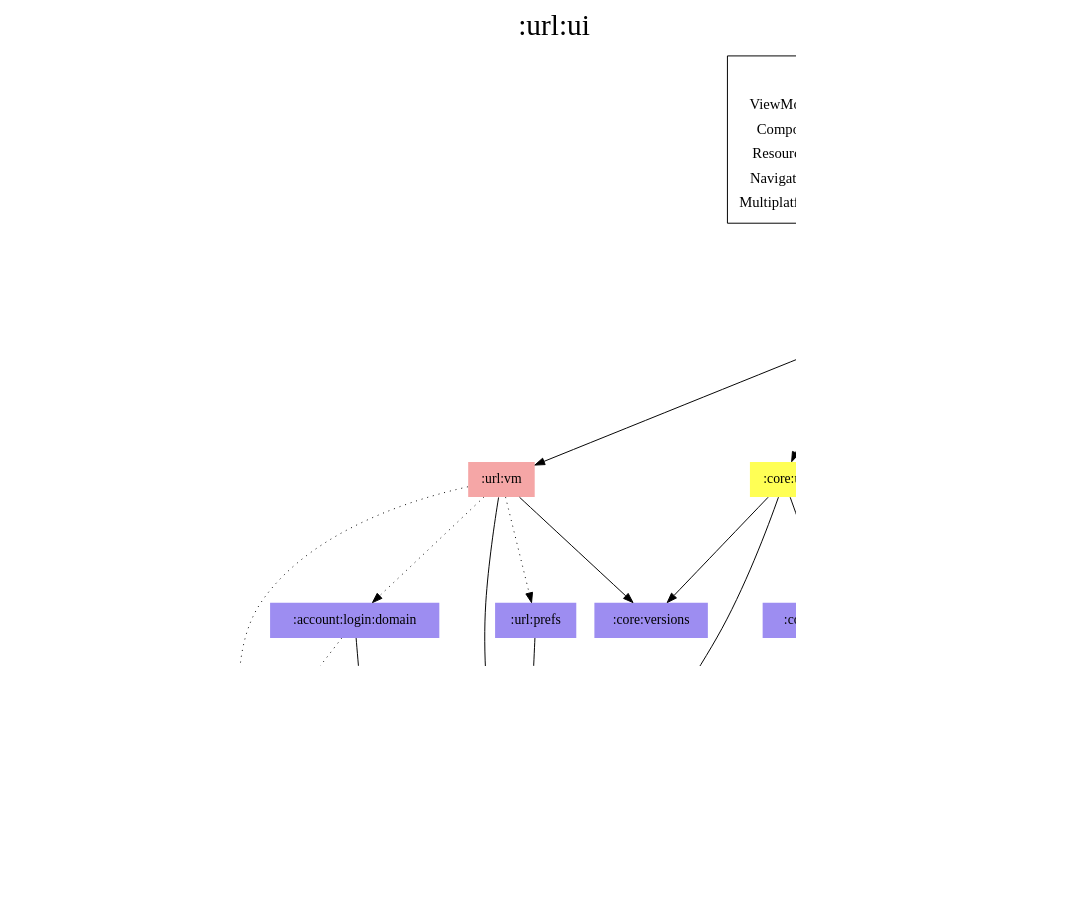
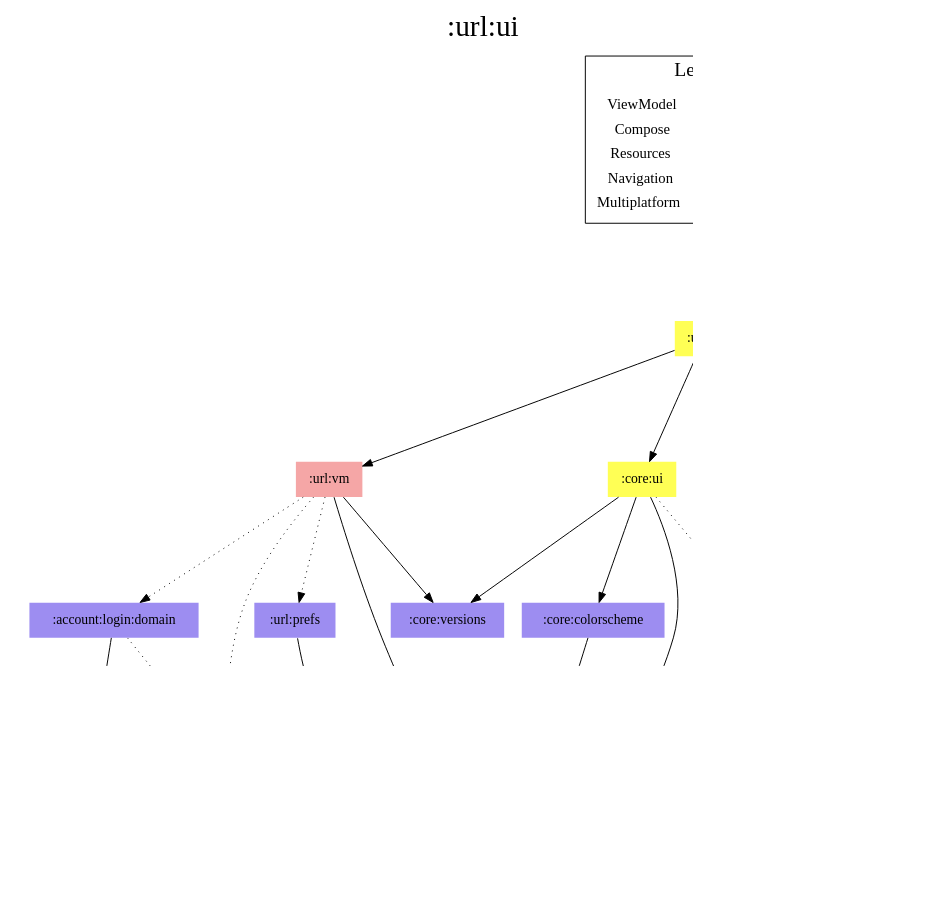
The diagram in modules/url/ui/modules.dot (jonapoul/aktual), drawn with Graphviz before and after one commit. The commit also changed 35 other files, not shown here.

Commit message:
ColorSchemeType -> core:model

```diff
--- a/modules/url/ui/modules.dot
+++ b/modules/url/ui/modules.dot
@@ -1,58 +1,59 @@
 digraph {
 edge ["dir"="forward"]
 graph ["dpi"="100","label"=":url:ui","labelloc"="t","fontsize"="30","ranksep"="1.5","rankdir"="TB"]
 node ["style"="filled"]
 ":account:login:domain" ["fillcolor"="#9D8DF1","shape"="none"]
 ":account:login:nav" ["fillcolor"="#5555FF","shape"="none"]
 ":account:model" ["fillcolor"="#9D8DF1","shape"="none"]
 ":api:actual" ["fillcolor"="#9D8DF1","shape"="none"]
 ":budget:model" ["fillcolor"="#9D8DF1","shape"="none"]
 ":codegen:annotation" ["fillcolor"="#9D8DF1","shape"="none"]
 ":core:colorscheme" ["fillcolor"="#9D8DF1","shape"="none"]
 ":core:model" ["fillcolor"="#9D8DF1","shape"="none"]
 ":core:res" ["fillcolor"="#00FFFF","shape"="none"]
 ":core:ui" ["fillcolor"="#FFFF55","shape"="none"]
 ":core:versions" ["fillcolor"="#9D8DF1","shape"="none"]
 ":url:prefs" ["fillcolor"="#9D8DF1","shape"="none"]
 ":url:res" ["fillcolor"="#00FFFF","shape"="none"]
 ":url:ui" ["fillcolor"="#FFFF55","shape"="none"]
 ":url:vm" ["fillcolor"="#F5A6A6","shape"="none"]
 {
 edge ["dir"="none"]
 graph ["rank"="same"]
 }
 ":account:login:domain" -> ":account:model"
 ":account:login:domain" -> ":api:actual" ["style"="dotted"]
 ":api:actual" -> ":account:model"
 ":api:actual" -> ":budget:model"
 ":api:actual" -> ":codegen:annotation" ["style"="dotted"]
 ":api:actual" -> ":core:model"
+":core:colorscheme" -> ":core:model"
 ":core:ui" -> ":core:colorscheme"
 ":core:ui" -> ":core:model"
 ":core:ui" -> ":core:res" ["style"="dotted"]
 ":core:ui" -> ":core:versions"
 ":url:prefs" -> ":core:model"
 ":url:ui" -> ":account:login:nav" ["style"="dotted"]
 ":url:ui" -> ":core:res" ["style"="dotted"]
 ":url:ui" -> ":core:ui"
 ":url:ui" -> ":url:res" ["style"="dotted"]
 ":url:ui" -> ":url:vm"
 ":url:vm" -> ":account:login:domain" ["style"="dotted"]
 ":url:vm" -> ":api:actual" ["style"="dotted"]
 ":url:vm" -> ":core:model"
 ":url:vm" -> ":core:versions"
 ":url:vm" -> ":url:prefs" ["style"="dotted"]
 subgraph "cluster_legend" {
 edge ["dir"="none"]
 graph ["label"="Legend","fontsize"="20"]
 "Legend" ["style"="filled","fillcolor"="#FFFFFF","shape"="none","margin"="0","fontsize"="15","label"=<
 <TABLE BORDER="0" CELLBORDER="0" CELLSPACING="0" CELLPADDING="4">
 <TR><TD>ViewModel</TD><TD BGCOLOR="#F5A6A6">module-name</TD></TR>
 <TR><TD>Compose</TD><TD BGCOLOR="#FFFF55">module-name</TD></TR>
 <TR><TD>Resources</TD><TD BGCOLOR="#00FFFF">module-name</TD></TR>
 <TR><TD>Navigation</TD><TD BGCOLOR="#5555FF">module-name</TD></TR>
 <TR><TD>Multiplatform</TD><TD BGCOLOR="#9D8DF1">module-name</TD></TR>
 </TABLE>
 >]
 } -> ":url:ui" ["style"="invis"]
 }
```
